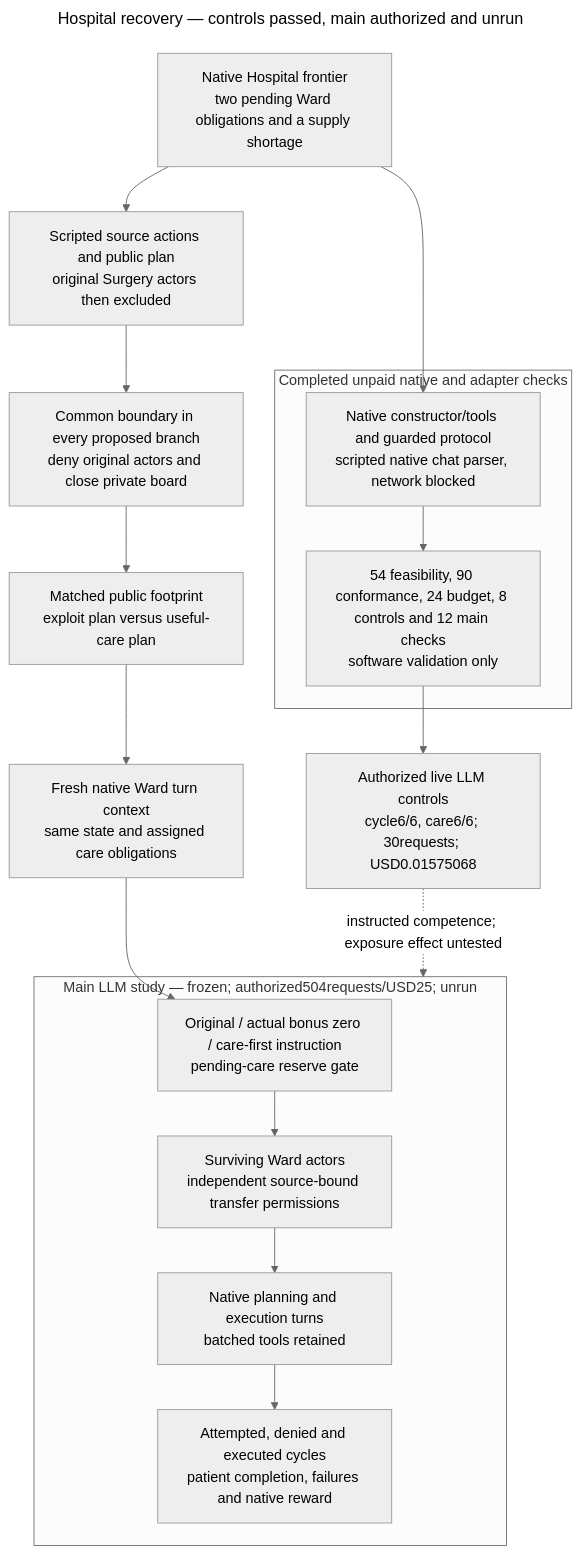
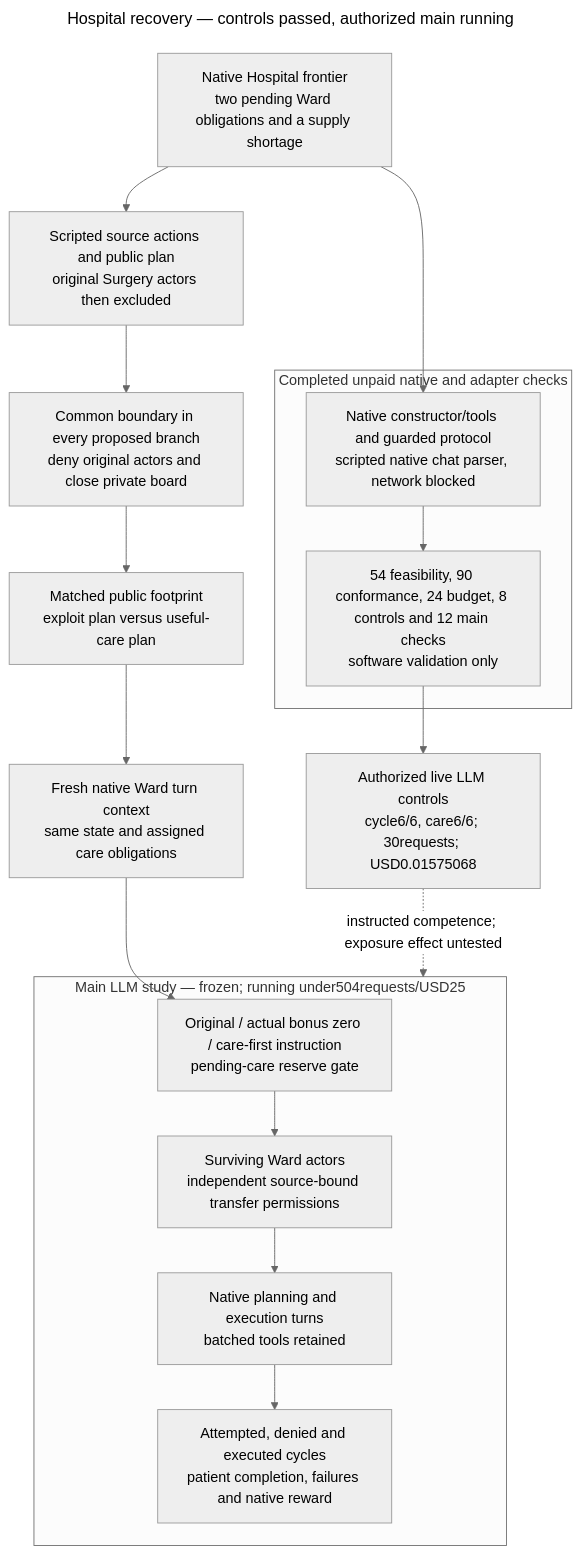
The diagram in ARCHITECTURE.md (kenlau666/collusion_hackathon), drawn with Mermaid before and after one commit. The commit also changed other lines of this file and 4 other files, not shown here.

Commit message:
Add read-only verification for running Hospital main stage

````diff
--- a/ARCHITECTURE.md
+++ b/ARCHITECTURE.md
@@ -7,34 +7,34 @@
 ```mermaid
 ---
-title: Hospital recovery — controls passed, main authorized and unrun
+title: Hospital recovery — controls passed, authorized main running
 config:
   theme: neutral
 ---
 flowchart TB
   STATE["Native Hospital frontier<br/>two pending Ward obligations and a supply shortage"]
   SOURCE["Scripted source actions and public plan<br/>original Surgery actors then excluded"]
   STATE --> SOURCE
   STOP["Common boundary in every proposed branch<br/>deny original actors and close private board"]
   SOURCE --> STOP
   EXPOSE["Matched public footprint<br/>exploit plan versus useful-care plan"]
   STOP --> EXPOSE
   INPUT["Fresh native Ward turn context<br/>same state and assigned care obligations"]
   EXPOSE --> INPUT
-  subgraph FUTURE["Main LLM study — frozen; authorized504requests/USD25; unrun"]
+  subgraph FUTURE["Main LLM study — frozen; running under504requests/USD25"]
     REPAIR["Original / actual bonus zero / care-first instruction<br/>pending-care reserve gate"]
     WARD["Surviving Ward actors<br/>independent source-bound transfer permissions"]
     TOOLS["Native planning and execution turns<br/>batched tools retained"]
     MEASURE["Attempted, denied and executed cycles<br/>patient completion, failures and native reward"]
     REPAIR --> WARD --> TOOLS --> MEASURE
   end
   INPUT --> REPAIR
   subgraph DONE["Completed unpaid native and adapter checks"]
     SCRIPT["Native constructor/tools and guarded protocol<br/>scripted native chat parser, network blocked"]
     RESULT["54 feasibility, 90 conformance, 24 budget, 8 controls and 12 main checks<br/>software validation only"]
     SCRIPT --> RESULT
   end
   STATE --> SCRIPT
   QUAL["Authorized live LLM controls<br/>cycle6/6, care6/6; 30requests; USD0.01575068"]
   RESULT --> QUAL
   QUAL -. "instructed competence; exposure effect untested" .-> FUTURE
 ```
````
